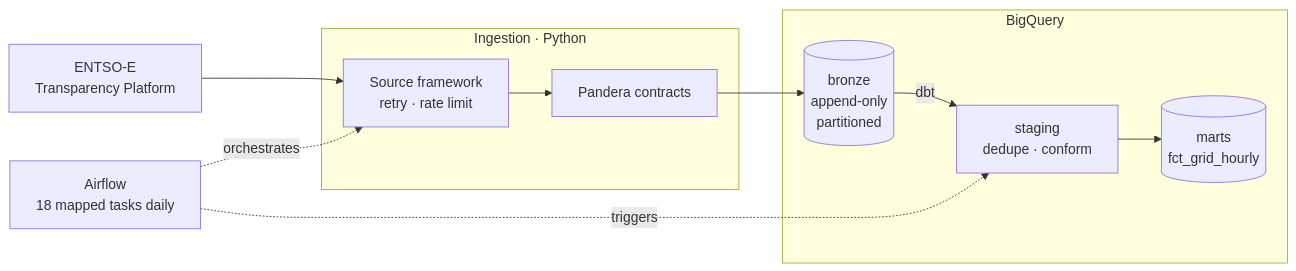
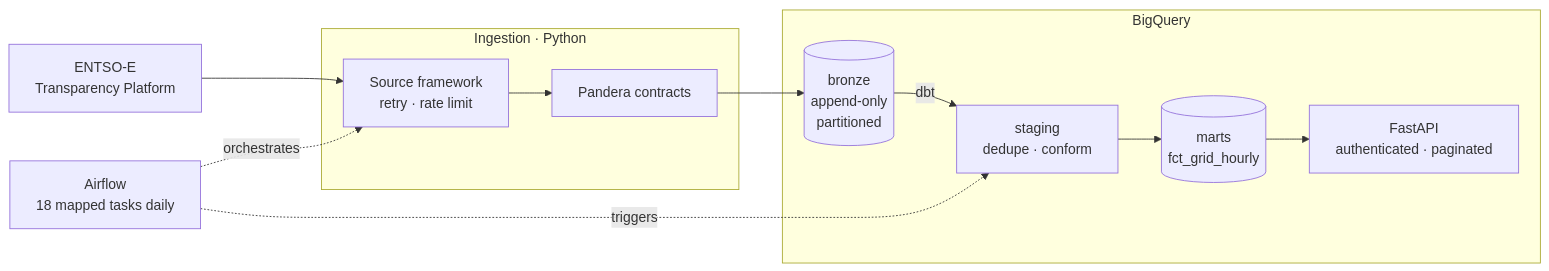
One commit to suhasnu/entsoe-data-platform changed the diagram in README.md. Above: the diagram before and after it, drawn with Mermaid. The commit also changed other lines of this file and 1 other file, not shown here.

Commit message:
docs: add api section and screenshot

````diff
--- a/README.md
+++ b/README.md
@@ -9,22 +9,24 @@
 ```mermaid
 flowchart LR
     E[ENTSO-E<br/>Transparency Platform]
 
     subgraph ingest[Ingestion · Python]
         S[Source framework<br/>retry · rate limit]
         V[Pandera contracts]
     end
 
     subgraph bq[BigQuery]
         B[(bronze<br/>append-only<br/>partitioned)]
         ST[staging<br/>dedupe · conform]
         M[(marts<br/>fct_grid_hourly)]
+        API[FastAPI<br/>authenticated · paginated]
+
     end
 
     A[Airflow<br/>18 mapped tasks daily]
 
     E --> S --> V --> B
-    B -->|dbt| ST --> M
+    B -->|dbt| ST --> M --> API
     A -.orchestrates.-> S
     A -.triggers.-> ST
 ```
````
